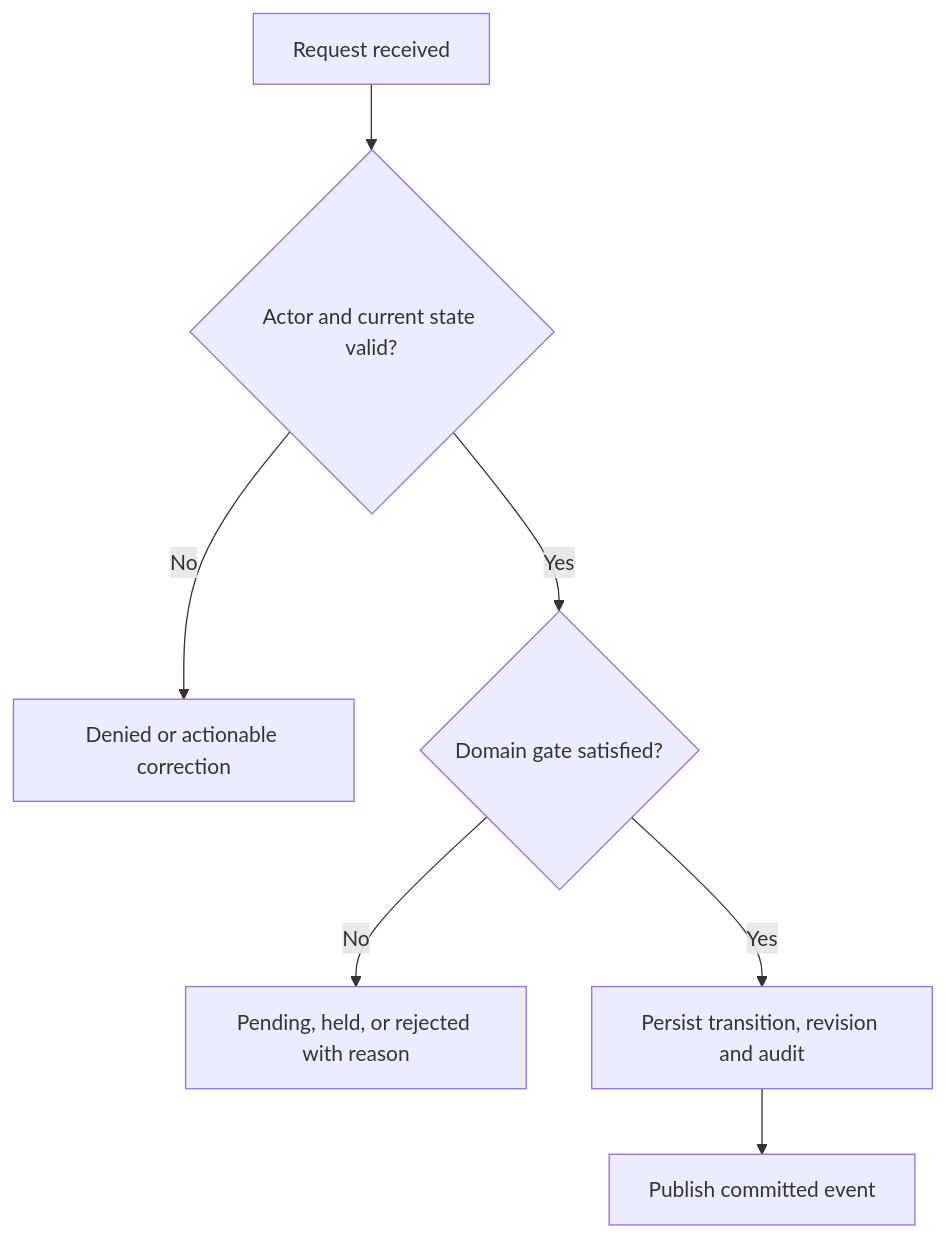
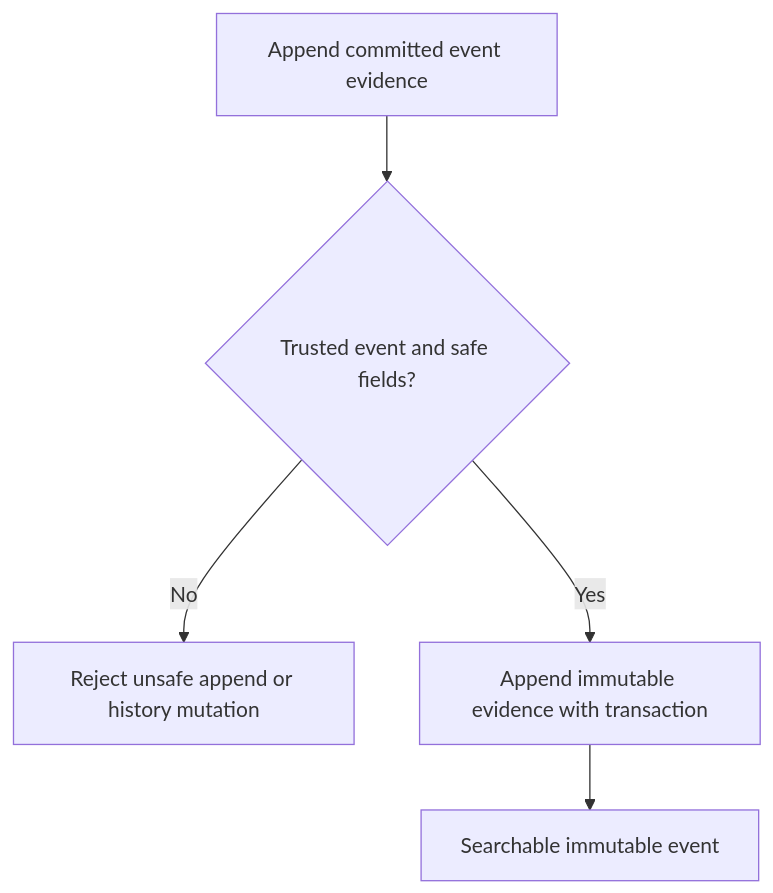
One commit to shiladityamajumder/pharmville-docs changed the second of 2 diagrams in 03-Modules/Audit/LLD.md. Above: the diagram before and after it, drawn with Mermaid. The commit also changed other lines of this file and 158 other files, not shown here.

Commit message:
docs: add business guides, fix Mermaid diagrams, improve traceability and automate validation

````diff
--- a/03-Modules/Audit/LLD.md
+++ b/03-Modules/Audit/LLD.md
@@ -316,9 +279,7 @@
 ```mermaid
 flowchart TD
- A[Request received] --> B{Actor and current state valid?}
- B -->|No| C[Denied or actionable correction]
- B -->|Yes| D{Domain gate satisfied?}
- D -->|No| E[Pending, held, or rejected with reason]
- D -->|Yes| F[Persist transition, revision and audit]
- F --> G[Publish committed event]
+  A["Append committed event evidence"] --> B{"Trusted event and safe fields?"}
+  B -->|No| C["Reject unsafe append or history mutation"]
+  B -->|Yes| D["Append immutable evidence with transaction"]
+  D --> E["Searchable immutable event"]
 ```
````
